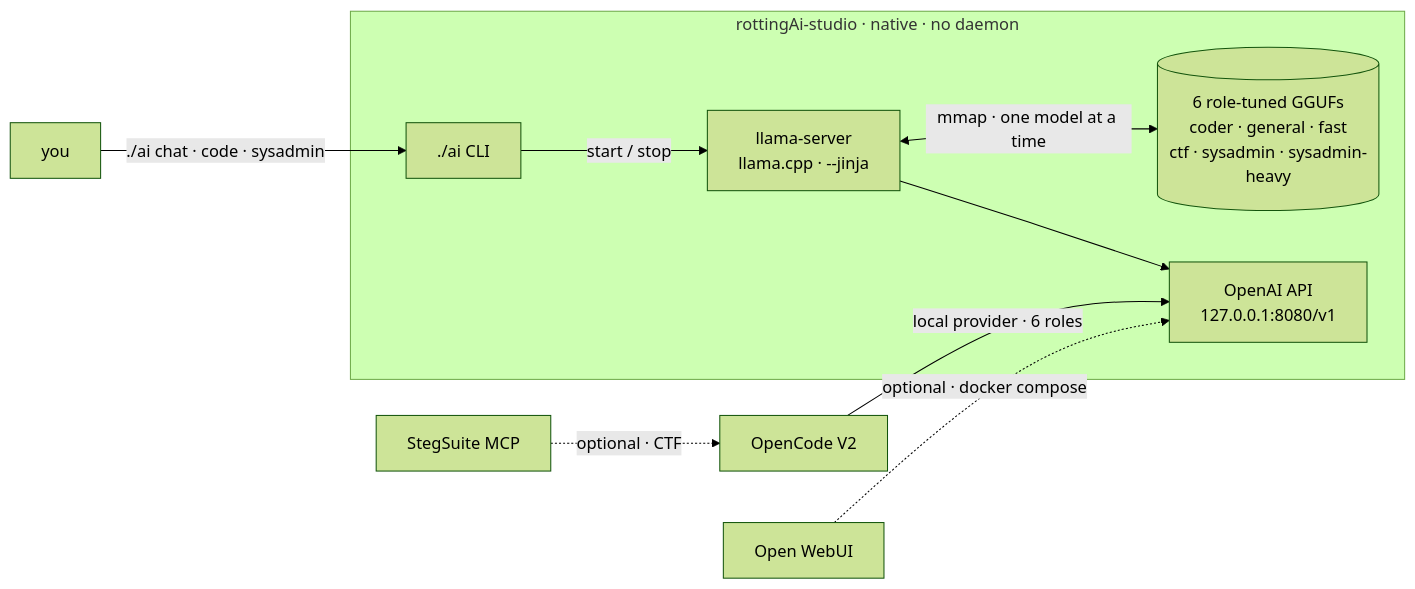
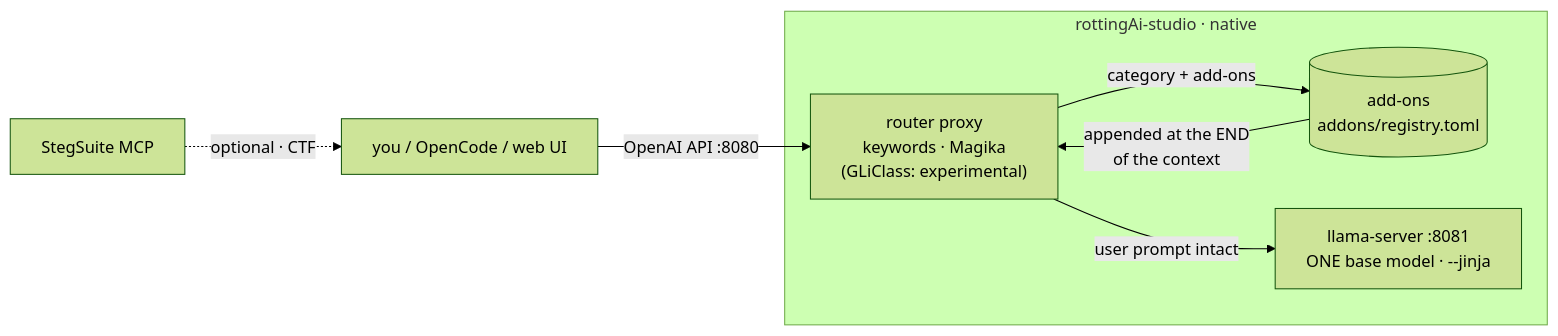
One commit to dexRand/rottingAi-studio changed the diagram in README.md. Above: the diagram before and after it, drawn with Mermaid (forest theme). The commit also changed other lines of this file and 11 other files, not shown here.

Commit message:
Docs: single model + router architecture, measured results, CLAUDE.md

````diff
--- a/README.md
+++ b/README.md
@@ -32,18 +35,13 @@
 ```mermaid
 flowchart LR
-    subgraph Core["rottingAi-studio · native · no daemon"]
-        CLI["./ai CLI"]
-        LS["llama-server<br/>llama.cpp · --jinja"]
-        M[("6 role-tuned GGUFs<br/>coder · general · fast<br/>ctf · sysadmin · sysadmin-heavy")]
-        API["OpenAI API<br/>127.0.0.1:8080/v1"]
+    U[you / OpenCode / web UI] -->|"OpenAI API :8080"| R
+    subgraph Core["rottingAi-studio · native"]
+        R["router proxy<br/>keywords · Magika<br/>(GLiClass: experimental)"]
+        A[("add-ons<br/>addons/registry.toml")]
+        LS["llama-server :8081<br/>ONE base model · --jinja"]
     end
-
-    U[you] -->|"./ai chat · code · sysadmin"| CLI
-    CLI -->|"start / stop"| LS
-    LS <-->|"mmap · one model at a time"| M
-    LS --> API
-
-    OC["OpenCode V2"] -->|"local provider · 6 roles"| API
-    WUI["Open WebUI"] -. "optional · docker compose" .-> API
-    MCP["StegSuite MCP"] -. "optional · CTF" .-> OC
+    R -->|"category + add-ons"| A
+    A -->|"appended at the END<br/>of the context"| R
+    R -->|"user prompt intact"| LS
+    MCP["StegSuite MCP"] -. "optional · CTF" .-> U
 ```
````
